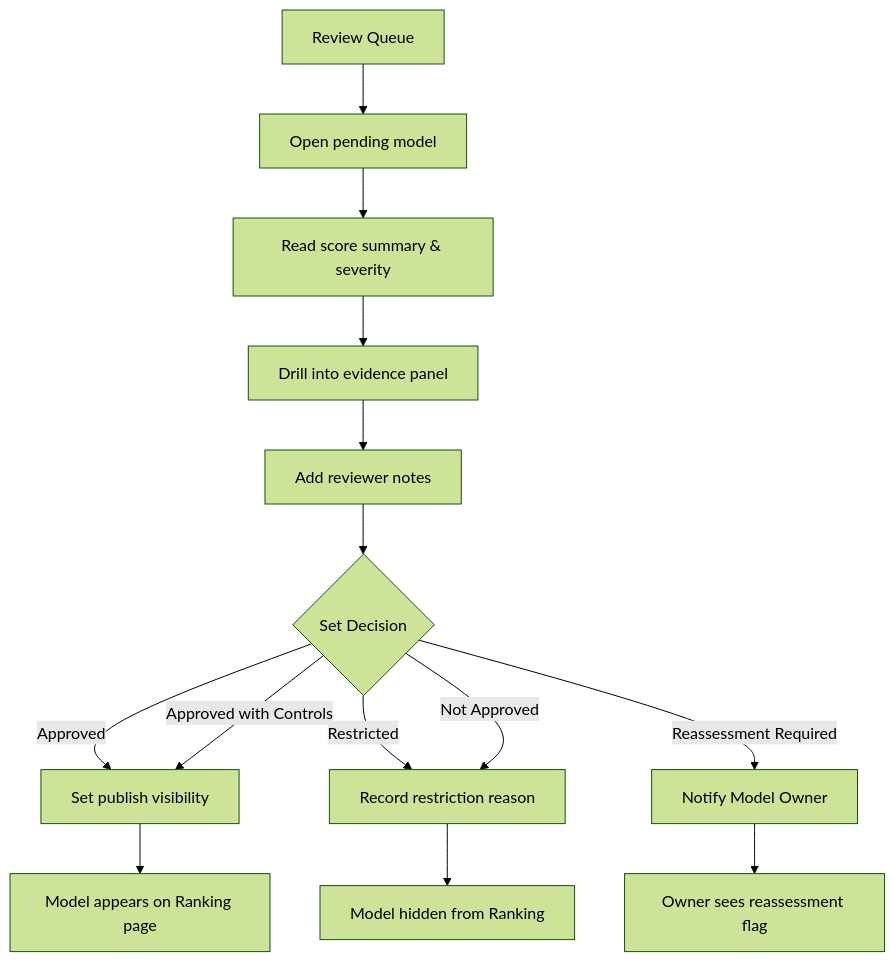
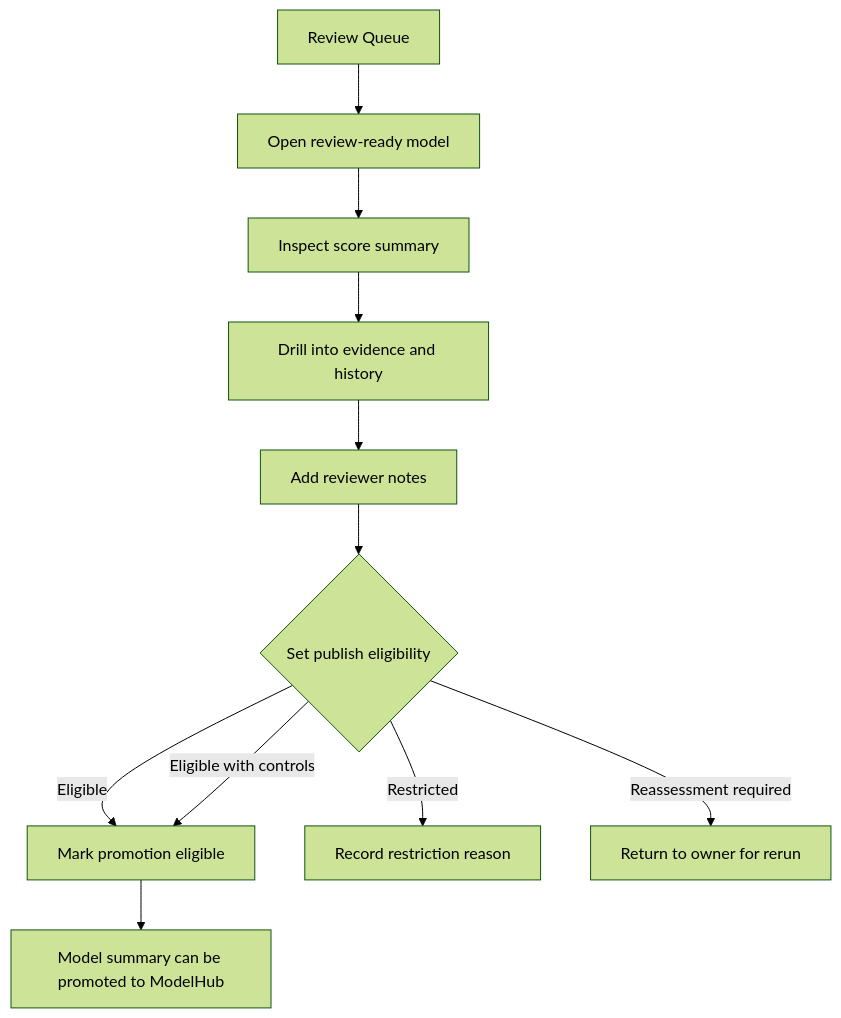
The second of 5 diagrams in AISandboxDev/02_Product_UI/User_Flow.md (FaldyMaul/SecurityAI), drawn with Mermaid (forest theme) before and after one commit. The commit also changed other lines of this file and 328 other files, not shown here.

````diff
--- a/AISandboxDev/02_Product_UI/User_Flow.md
+++ b/AISandboxDev/02_Product_UI/User_Flow.md
@@ -59,16 +64,13 @@
 ```mermaid
 flowchart TD
-  A["Review Queue"] --> B["Open pending model"]
-  B --> C["Read score summary & severity"]
-  C --> D["Drill into evidence panel"]
+  A["Review Queue"] --> B["Open review-ready model"]
+  B --> C["Inspect score summary"]
+  C --> D["Drill into evidence and history"]
   D --> E["Add reviewer notes"]
-  E --> F{"Set Decision"}
-  F -- Approved --> G["Set publish visibility"]
-  F -- Approved with Controls --> G
+  E --> F{"Set publish eligibility"}
+  F -- Eligible --> G["Mark promotion eligible"]
+  F -- Eligible with controls --> G
   F -- Restricted --> H["Record restriction reason"]
-  F -- Reassessment Required --> I["Notify Model Owner"]
-  F -- Not Approved --> H
-  G --> K["Model appears on Ranking page"]
-  H --> K2["Model hidden from Ranking"]
-  I --> K3["Owner sees reassessment flag"]
+  F -- Reassessment required --> I["Return to owner for rerun"]
+  G --> J["Model summary can be promoted to ModelHub"]
 ```
````
